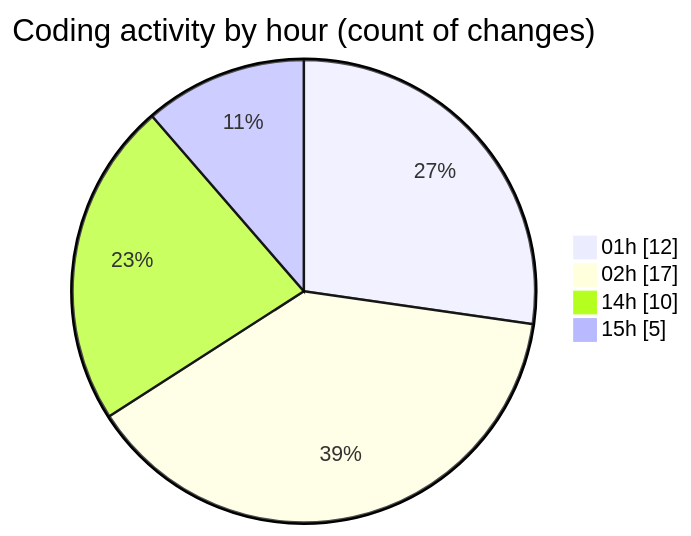
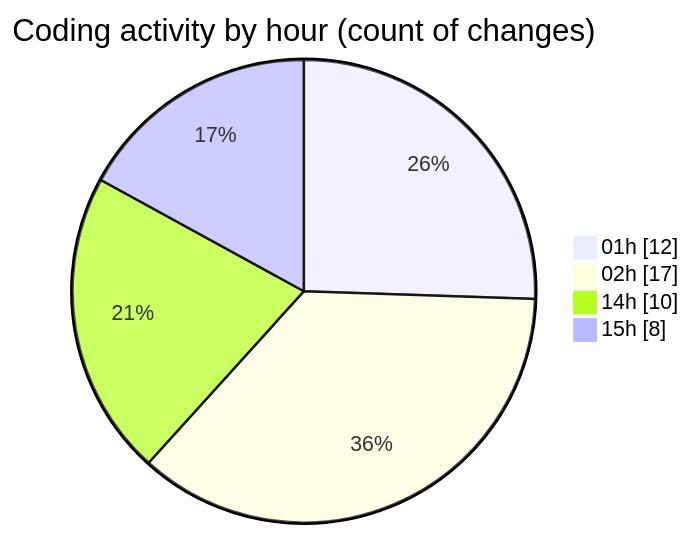
Before and after one commit to julien-gomy/code-tracking: the second of 2 diagrams in 2025-11-16/eventscop-frontend-guide__workspace_/README.md, drawn with Mermaid. The commit also changed other lines of this file and 1 other file, not shown here.

````diff
--- a/2025-11-16/eventscop-frontend-guide__workspace_/README.md
+++ b/2025-11-16/eventscop-frontend-guide__workspace_/README.md
@@ -41,8 +41,8 @@
 ```mermaid
 pie showData
 title Coding activity by hour (count of changes)
 "01h" : 12
 "02h" : 17
 "14h" : 10
-"15h" : 5
+"15h" : 8
 ```
````
